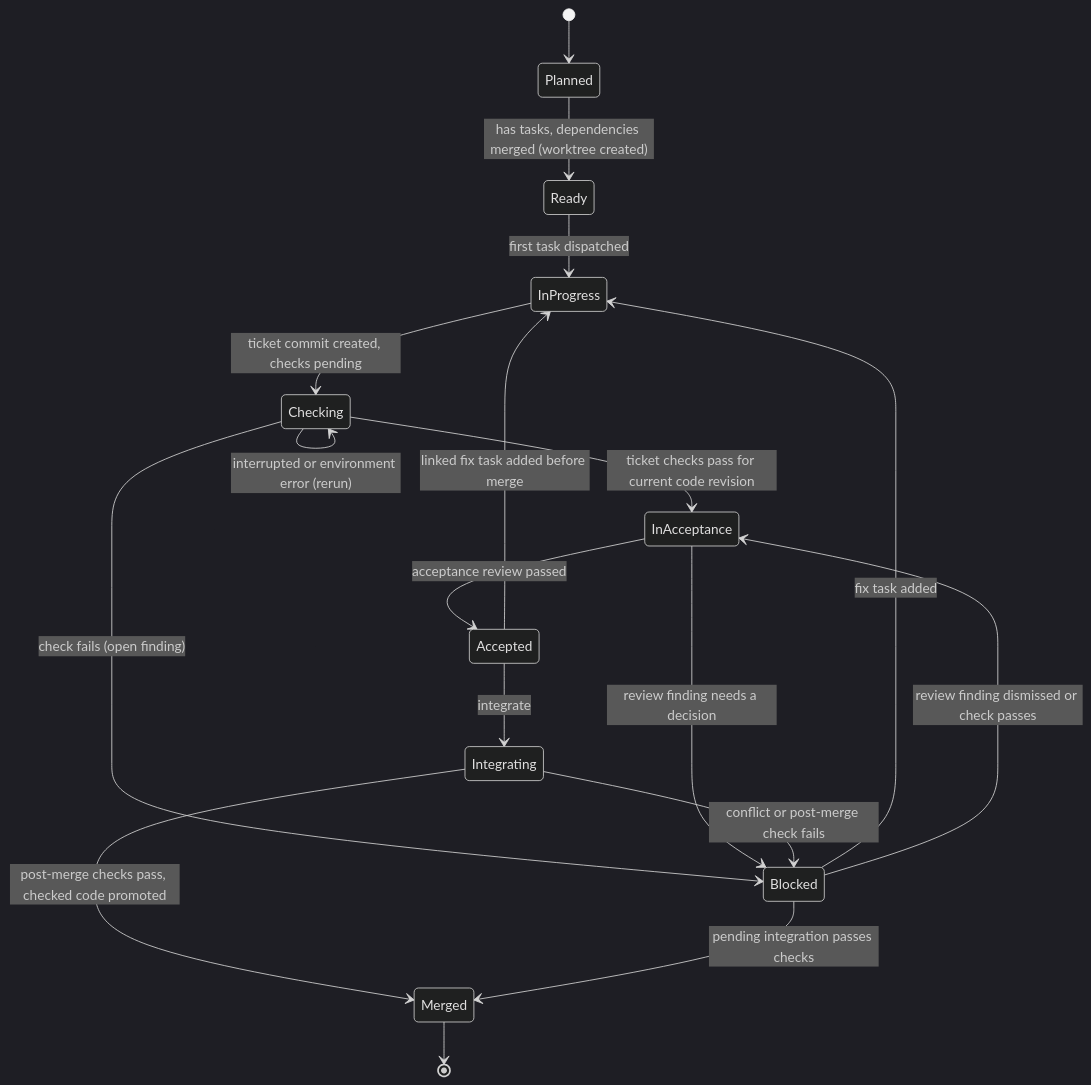
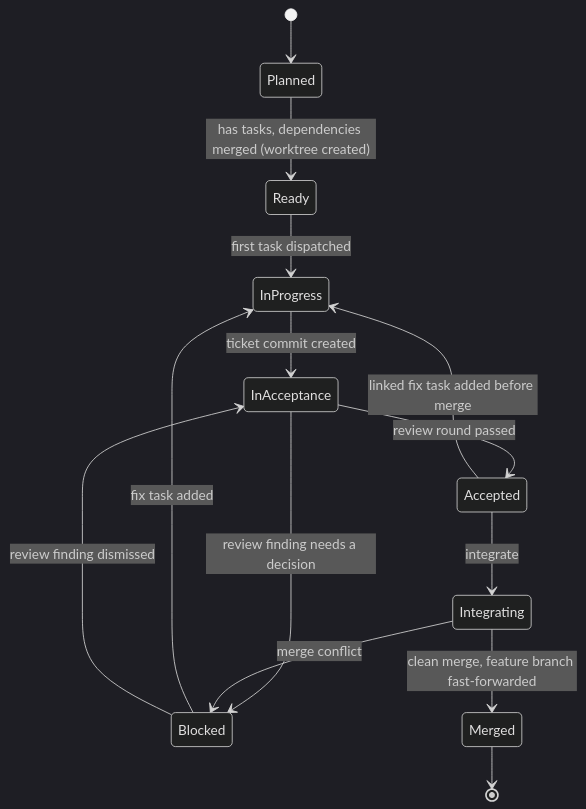
Before and after one commit to UseTheFork/spindle: the fifth of 7 diagrams in SDD-WORKFLOWS.md, drawn with Mermaid (dark theme). The commit also changed other lines of this file, not shown here.

````diff
--- a/SDD-WORKFLOWS.md
+++ b/SDD-WORKFLOWS.md
@@ -351,20 +348,16 @@
 ```mermaid
 stateDiagram-v2
     [*] --> Planned
     Planned --> Ready: has tasks, dependencies merged (worktree created)
     Ready --> InProgress: first task dispatched
-    InProgress --> Checking: ticket commit created, checks pending
-    Checking --> InAcceptance: ticket checks pass for current code revision
-    Checking --> Blocked: check fails (open finding)
-    Checking --> Checking: interrupted or environment error (rerun)
-    InAcceptance --> Accepted: acceptance review passed
+    InProgress --> InAcceptance: ticket commit created
+    InAcceptance --> Accepted: review round passed
     InAcceptance --> Blocked: review finding needs a decision
     Accepted --> Integrating: integrate
     Accepted --> InProgress: linked fix task added before merge
-    Integrating --> Merged: post-merge checks pass, checked code promoted
-    Integrating --> Blocked: conflict or post-merge check fails
+    Integrating --> Merged: clean merge, feature branch fast-forwarded
+    Integrating --> Blocked: merge conflict
     Blocked --> InProgress: fix task added
-    Blocked --> InAcceptance: review finding dismissed or check passes
-    Blocked --> Merged: pending integration passes checks
+    Blocked --> InAcceptance: review finding dismissed
     Merged --> [*]
 ```
````
